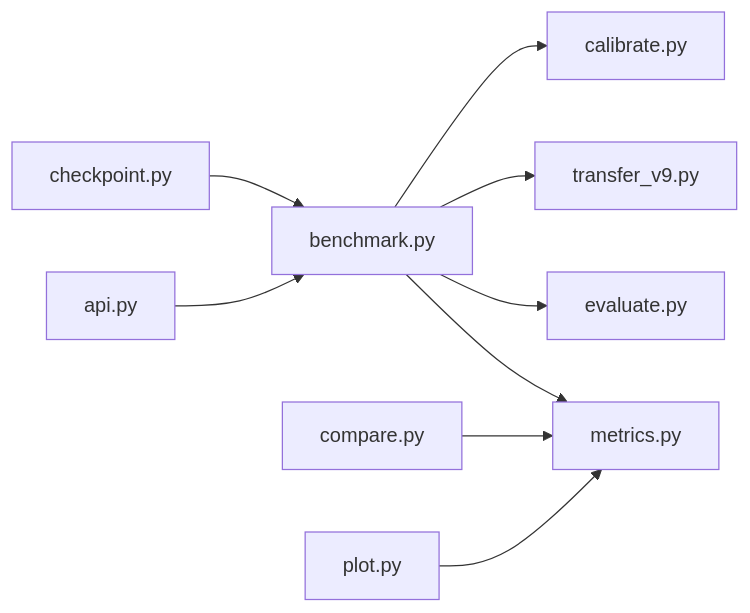
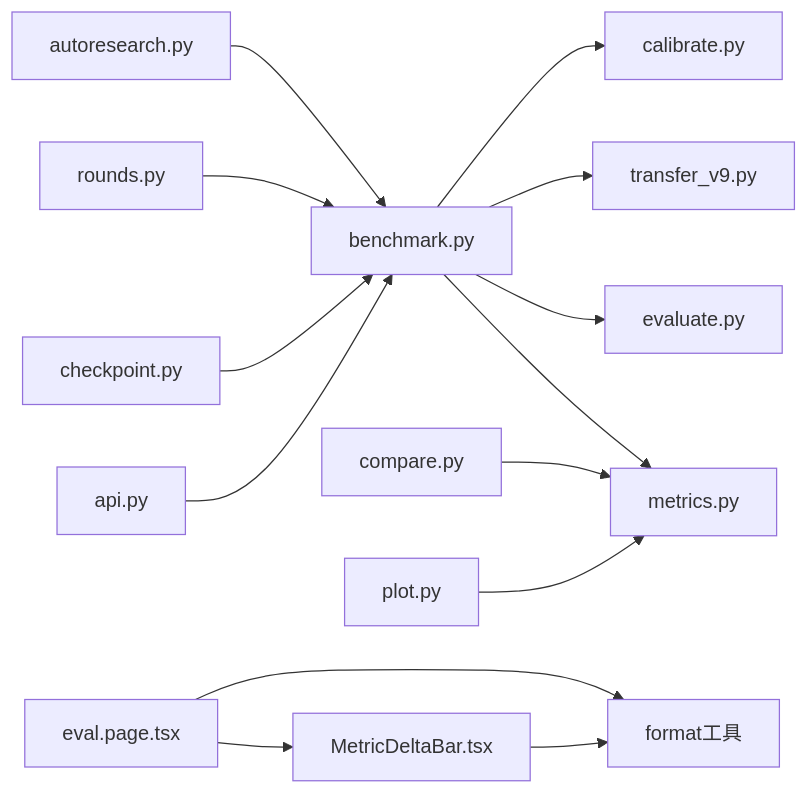
One commit to joezxh/kev changed the tenth of 10 diagrams in .qoder/repowiki/zh/content/评估系统/评估系统.md. Above: the diagram before and after it, drawn with Mermaid. The commit also changed other lines of this file and 101 other files, not shown here.

````diff
--- a/.qoder/repowiki/zh/content/评估系统/评估系统.md
+++ b/.qoder/repowiki/zh/content/评估系统/评估系统.md
@@ -586,11 +731,16 @@
 ```mermaid
 graph LR
 BM["benchmark.py"] --> ME["metrics.py"]
 BM --> EV["evaluate.py"]
 BM --> TR["transfer_v9.py"]
 BM --> CA["calibrate.py"]
 CP["compare.py"] --> ME
 PL["plot.py"] --> ME
 API["api.py"] --> BM
 CK["checkpoint.py"] --> BM
+MD["MetricDeltaBar.tsx"] --> FM["format工具"]
+EP["eval.page.tsx"] --> MD
+EP --> FM
+RD["rounds.py"] --> BM
+AR["autoresearch.py"] --> BM
 ```
````
